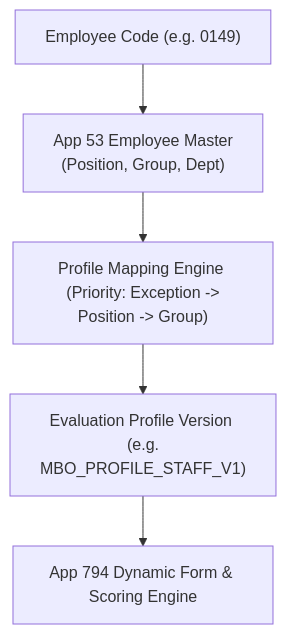
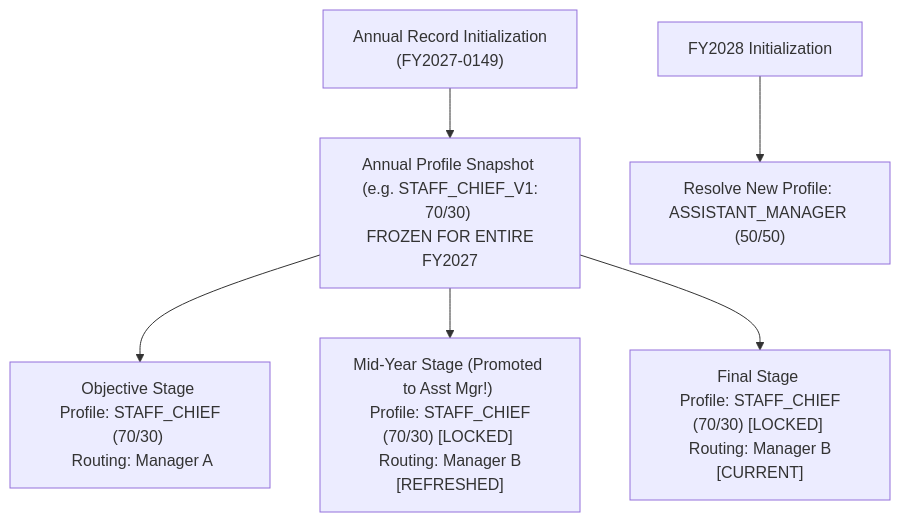
Before and after one commit to rebootob/MBO2026: the diagram in project-docs/architecture-redesign/EVALUATION_PROFILE_ARCHITECTURE.md, drawn with Mermaid. The commit also changed other lines of this file and 9 other files, not shown here.

Commit message:
docs: confirm annual profile freeze policy and update architecture blueprints

````diff
--- a/project-docs/architecture-redesign/EVALUATION_PROFILE_ARCHITECTURE.md
+++ b/project-docs/architecture-redesign/EVALUATION_PROFILE_ARCHITECTURE.md
@@ -15,7 +19,10 @@
 ```mermaid
 graph TD
-    EMP["Employee Code (e.g. 0149)"] --> APP53["App 53 Employee Master <br/> (Position, Group, Dept)"]
-    APP53 --> MAP["Profile Mapping Engine <br/> (Priority: Exception -> Position -> Group)"]
-    MAP --> PROF["Evaluation Profile Version <br/> (e.g. MBO_PROFILE_STAFF_V1)"]
-    PROF --> CORE["App 794 Dynamic Form & Scoring Engine"]
+    INIT["Annual Record Initialization <br/> (FY2027-0149)"] --> PROF_SNAP["Annual Profile Snapshot <br/> (e.g. STAFF_CHIEF_V1: 70/30) <br/> FROZEN FOR ENTIRE FY2027"]
+    
+    PROF_SNAP --> S_OBJ["Objective Stage <br/> Profile: STAFF_CHIEF (70/30) <br/> Routing: Manager A"]
+    PROF_SNAP --> S_MID["Mid-Year Stage (Promoted to Asst Mgr!) <br/> Profile: STAFF_CHIEF (70/30) [LOCKED] <br/> Routing: Manager B [REFRESHED]"]
+    PROF_SNAP --> S_FIN["Final Stage <br/> Profile: STAFF_CHIEF (70/30) [LOCKED] <br/> Routing: Manager B [CURRENT]"]
+
+    NEXT_FY["FY2028 Initialization"] --> NEXT_PROF["Resolve New Profile: ASSISTANT_MANAGER (50/50)"]
 ```
````
